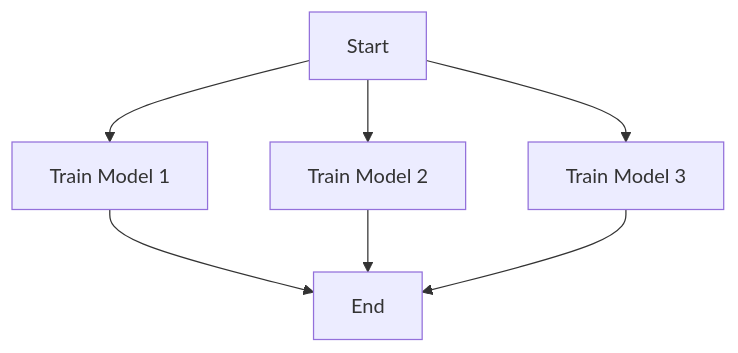
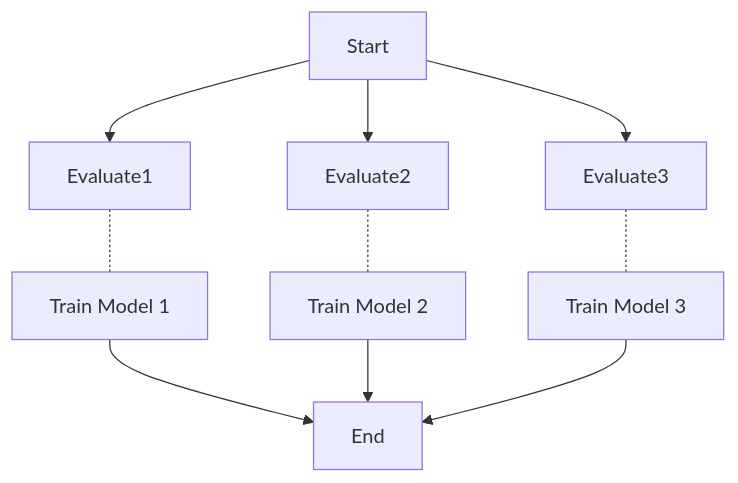
The second of 2 diagrams in docs/flow.md (HimanshuMittal01/kaggle-cmi-piu), drawn with Mermaid before and after one commit. The commit also changed other lines of this file and 4 other files, not shown here.

````diff
--- a/docs/flow.md
+++ b/docs/flow.md
@@ -14,6 +18,6 @@
 ```mermaid
 flowchart TD
-    A[Start] --> B[Train Model 1] --> E[End]
-    A[Start] --> C[Train Model 2] --> E[End]
-    A[Start] --> D[Train Model 3] --> E[End]
+    A[Start] --> Evaluate1 -.- B[Train Model 1] --> E[End]
+    A[Start] --> Evaluate2 -.- C[Train Model 2] --> E[End]
+    A[Start] --> Evaluate3 -.- D[Train Model 3] --> E[End]
 ```
````
